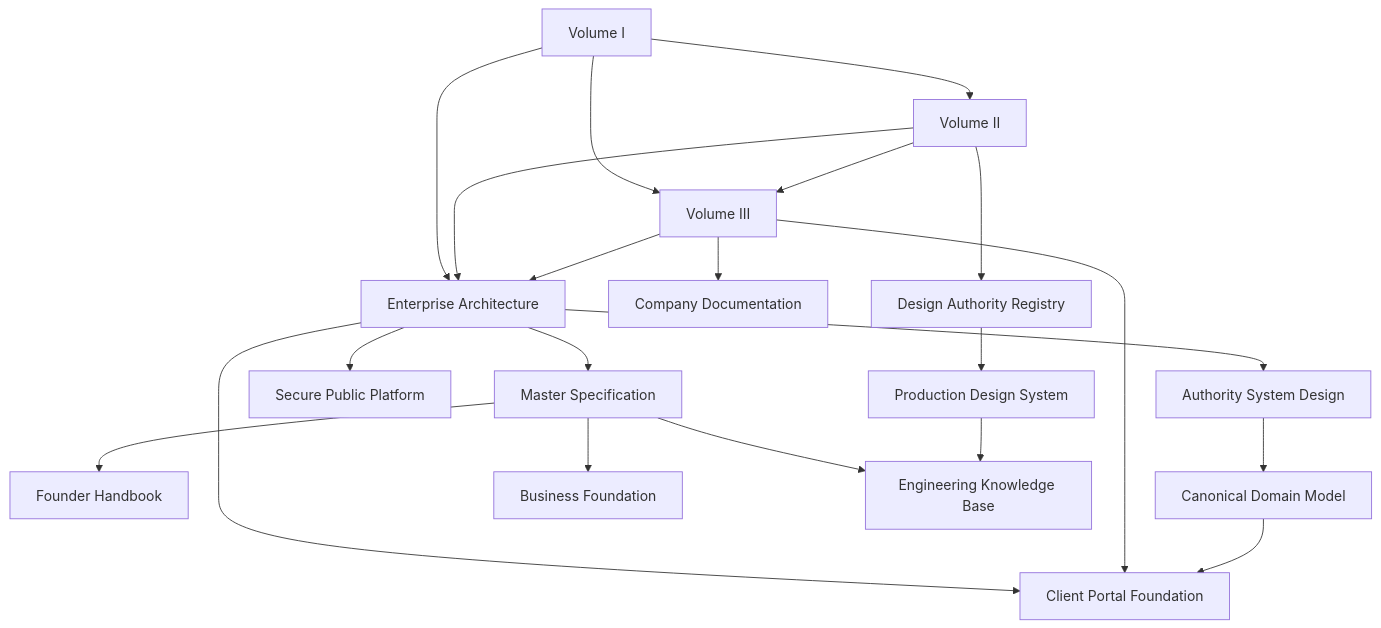
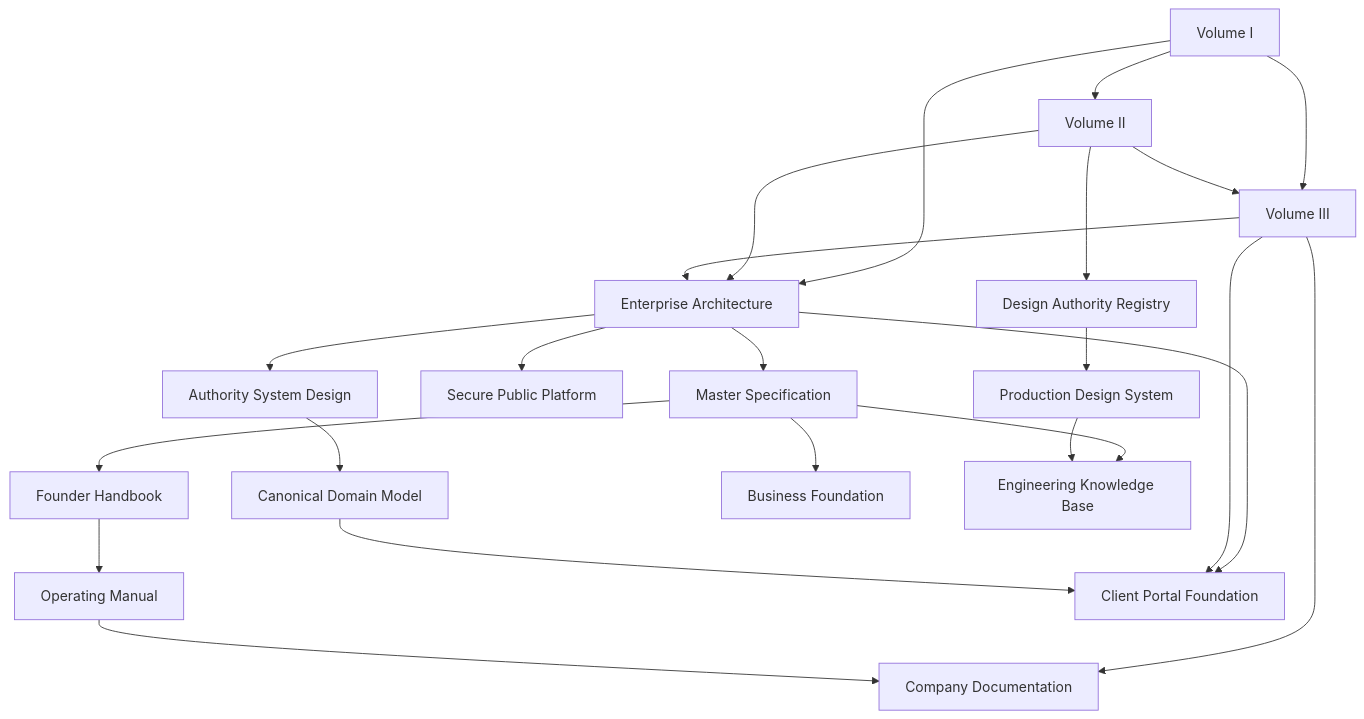
Before and after one commit to ExT-Yeredey/ysworks-web: the diagram in docs/navigation/DEPENDENCY_MAP.md, drawn with Mermaid. The commit also changed other lines of this file and 23 other files, not shown here.

Commit message:
docs: integrate YSWORKS Operating Manual v1.0

````diff
--- a/docs/navigation/DEPENDENCY_MAP.md
+++ b/docs/navigation/DEPENDENCY_MAP.md
@@ -10,39 +10,42 @@
 ```mermaid
 flowchart TD
     V1[Volume I]
     V2[Volume II]
     V3[Volume III]
     EA[Enterprise Architecture]
     MS[Master Specification]
     FH[Founder Handbook]
+    OM[Operating Manual]
     PUB[Secure Public Platform]
     CP[Client Portal Foundation]
     AMAA[Authority System Design]
     CDM[Canonical Domain Model]
     COMPANY[Company Documentation]
     BUSINESS[Business Foundation]
     DESIGN[Design Authority Registry]
     DS[Production Design System]
     AI[Engineering Knowledge Base]
 
     V1 --> V2
     V1 --> V3
     V2 --> V3
     V1 --> EA
     V2 --> EA
     V3 --> EA
     EA --> MS
     MS --> FH
+    FH --> OM
     EA --> PUB
     EA --> CP
     EA --> AMAA
     AMAA --> CDM
     V3 --> CP
     CDM --> CP
     MS --> BUSINESS
     V3 --> COMPANY
+    OM --> COMPANY
     V2 --> DESIGN
     DESIGN --> DS
     MS --> AI
     DS --> AI
 ```
````
